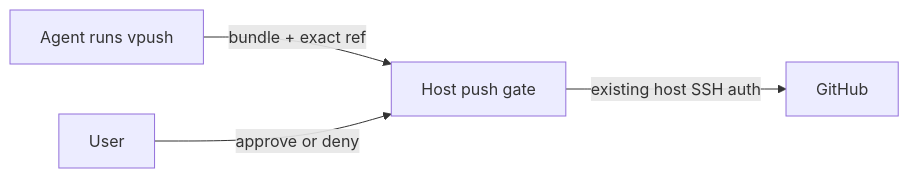
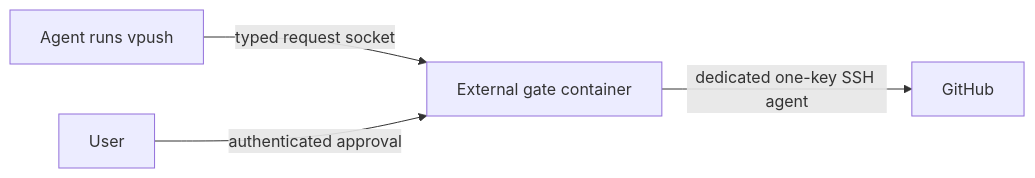
Before and after one commit to blackhat-7/vivarium: the diagram in DOCS.md, drawn with Mermaid. The commit also changed other lines of this file and 25 other files, not shown here.

Commit message:
feat: add shared external action gate

````diff
--- a/DOCS.md
+++ b/DOCS.md
@@ -8,6 +8,6 @@
 ```mermaid
 flowchart LR
-  agent[Agent runs vpush] -->|bundle + exact ref| broker[Host push gate]
-  user[User] -->|approve or deny| broker
-  broker -->|existing host SSH auth| github[GitHub]
+  agent[Agent runs vpush] -->|typed request socket| gate[External gate container]
+  user[User] -->|authenticated approval| gate
+  gate -->|dedicated one-key SSH agent| github[GitHub]
 ```
````
